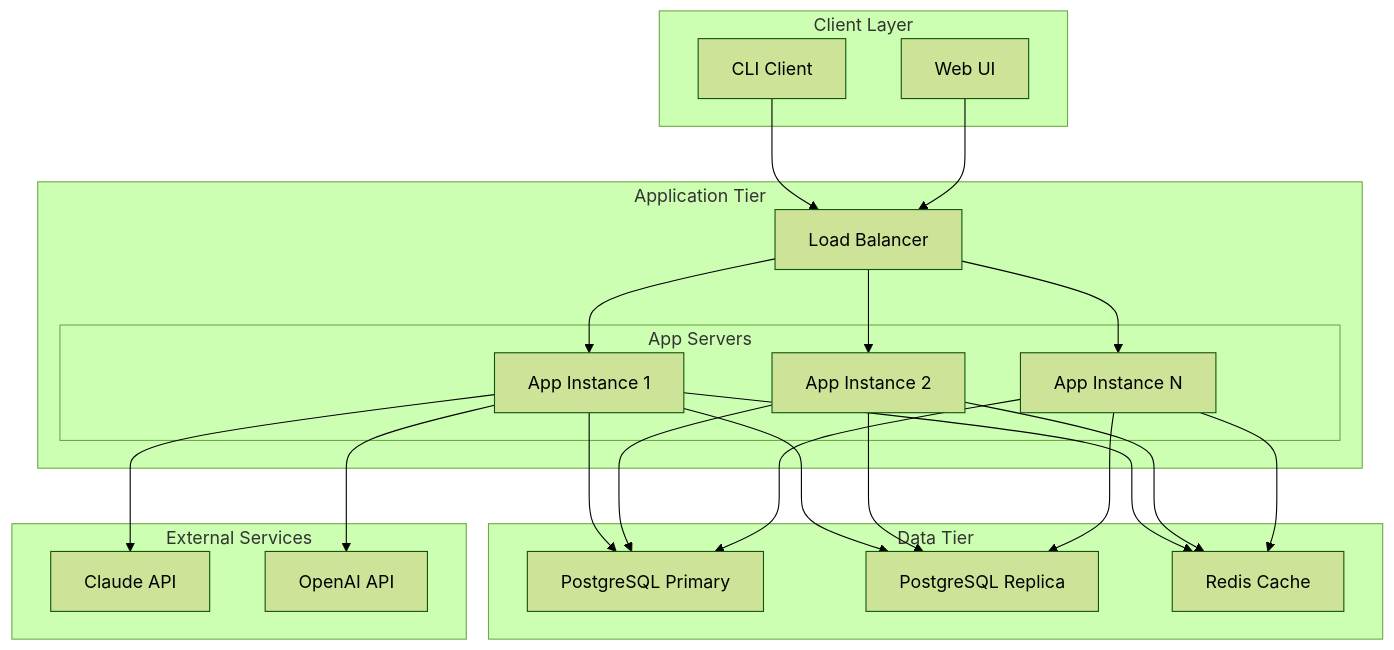
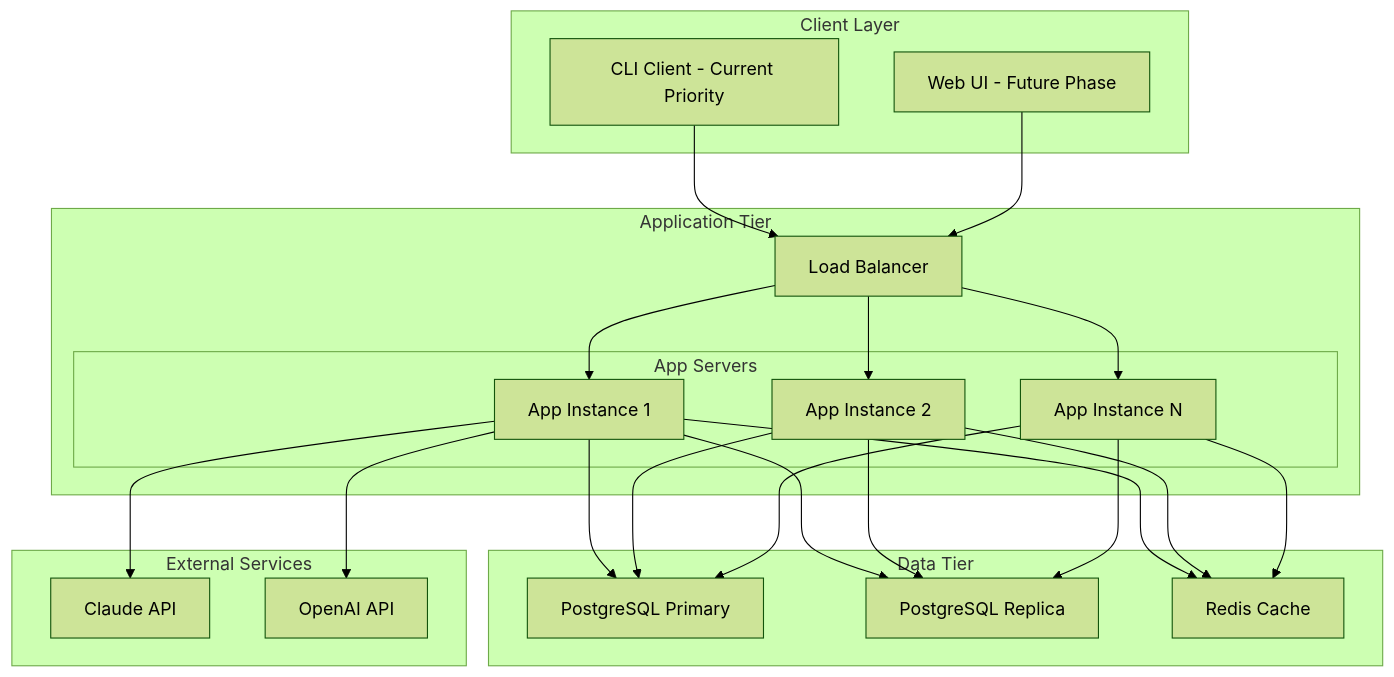
One commit to mcraigtyler/RAWley changed diagram 25 of 27 in docs/ARCHITECTURE.md. Above: the diagram before and after it, drawn with Mermaid (forest theme). The commit also changed other lines of this file and 9 other files, not shown here.

````diff
--- a/docs/ARCHITECTURE.md
+++ b/docs/ARCHITECTURE.md
@@ -1304,50 +1341,50 @@
 ```mermaid
 graph TB
     subgraph "Client Layer"
-        CLI[CLI Client]
-        Web[Web UI]
+        CLI[CLI Client - Current Priority]
+        Web[Web UI - Future Phase]
     end
     
     subgraph "Application Tier"
         LB[Load Balancer]
         
         subgraph "App Servers"
             App1[App Instance 1]
             App2[App Instance 2]
             AppN[App Instance N]
         end
     end
     
     subgraph "Data Tier"
         Primary[PostgreSQL Primary]
         Replica[PostgreSQL Replica]
         Redis[Redis Cache]
     end
     
     subgraph "External Services"
         Claude[Claude API]
         OpenAI[OpenAI API]
     end
     
     CLI --> LB
     Web --> LB
     
     LB --> App1
     LB --> App2
     LB --> AppN
     
     App1 --> Primary
     App2 --> Primary
     AppN --> Primary
     
     App1 --> Replica
     App2 --> Replica
     AppN --> Replica
     
     App1 --> Redis
     App2 --> Redis
     AppN --> Redis
     
     App1 --> Claude
     App1 --> OpenAI
 ```
````
